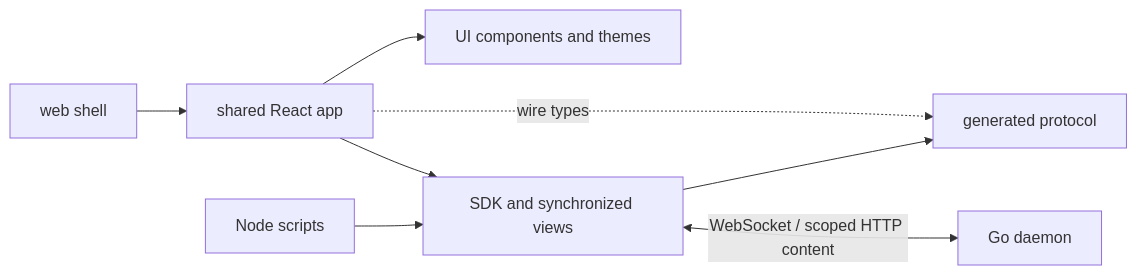
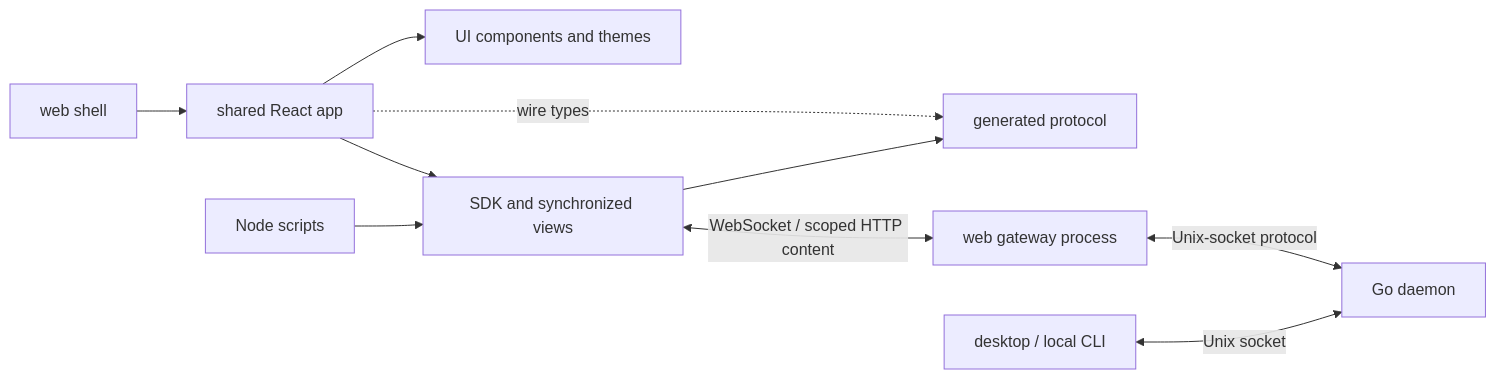
One commit to context-labs/whip changed the diagram in docs/frontend.md. Above: the diagram before and after it, drawn with Mermaid. The commit also changed other lines of this file and 215 other files, not shown here.

````diff
--- a/docs/frontend.md
+++ b/docs/frontend.md
@@ -101,10 +101,12 @@
 ```mermaid
 flowchart LR
   Web["web shell"] --> App["shared React app"]
   App --> UI["UI components and themes"]
   App --> SDK["SDK and synchronized views"]
   App -. "wire types" .-> Protocol["generated protocol"]
   SDK --> Protocol
-  SDK <-->|"WebSocket / scoped HTTP content"| Daemon["Go daemon"]
+  SDK <-->|"WebSocket / scoped HTTP content"| Gateway["web gateway process"]
+  Gateway <-->|"Unix-socket protocol"| Daemon["Go daemon"]
+  Native["desktop / local CLI"] <-->|"Unix socket"| Daemon
   Scripts["Node scripts"] --> SDK
 ```
````
